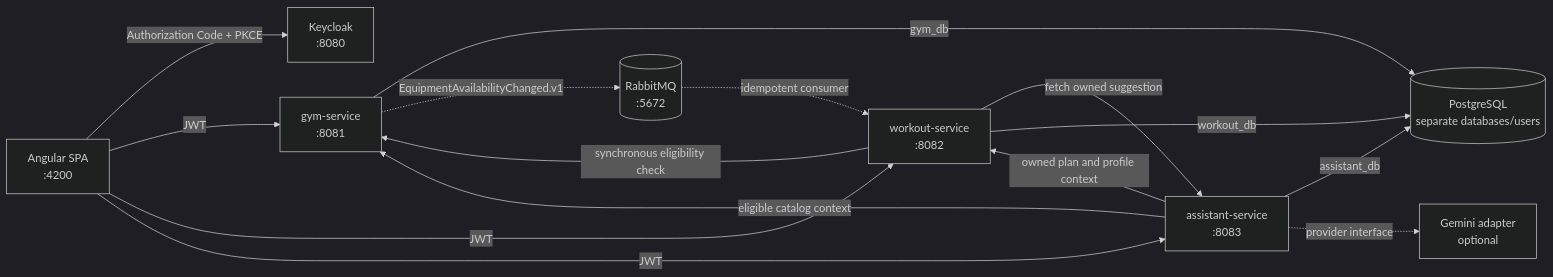
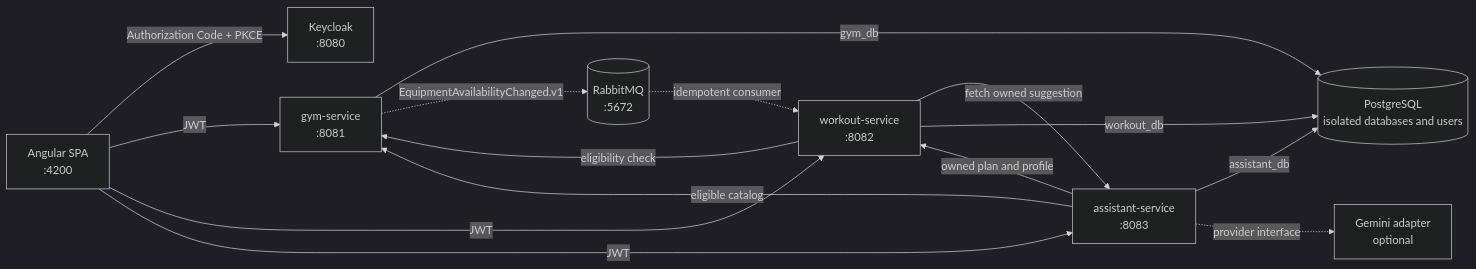
One commit to PietraAC/GymFlow changed the diagram in README.md. Above: the diagram before and after it, drawn with Mermaid (dark theme). The commit also changed other lines of this file and 25 other files, not shown here.

````diff
--- a/README.md
+++ b/README.md
@@ -40,26 +41,26 @@
 ```mermaid
 flowchart LR
     UI[Angular SPA<br/>:4200]
     KC[Keycloak<br/>:8080]
     GYM[gym-service<br/>:8081]
     WORKOUT[workout-service<br/>:8082]
     ASSISTANT[assistant-service<br/>:8083]
-    PG[(PostgreSQL<br/>separate databases/users)]
+    PG[(PostgreSQL<br/>isolated databases and users)]
     MQ[(RabbitMQ<br/>:5672)]
     GEMINI[Gemini adapter<br/>optional]
 
     UI -->|Authorization Code + PKCE| KC
     UI -->|JWT| GYM
     UI -->|JWT| WORKOUT
     UI -->|JWT| ASSISTANT
-    WORKOUT -->|synchronous eligibility check| GYM
+    WORKOUT -->|eligibility check| GYM
     WORKOUT -->|fetch owned suggestion| ASSISTANT
-    ASSISTANT -->|owned plan and profile context| WORKOUT
-    ASSISTANT -->|eligible catalog context| GYM
+    ASSISTANT -->|owned plan and profile| WORKOUT
+    ASSISTANT -->|eligible catalog| GYM
     GYM -->|gym_db| PG
     WORKOUT -->|workout_db| PG
     ASSISTANT -->|assistant_db| PG
     GYM -.->|EquipmentAvailabilityChanged.v1| MQ
     MQ -.->|idempotent consumer| WORKOUT
     ASSISTANT -.->|provider interface| GEMINI
 ```
````
